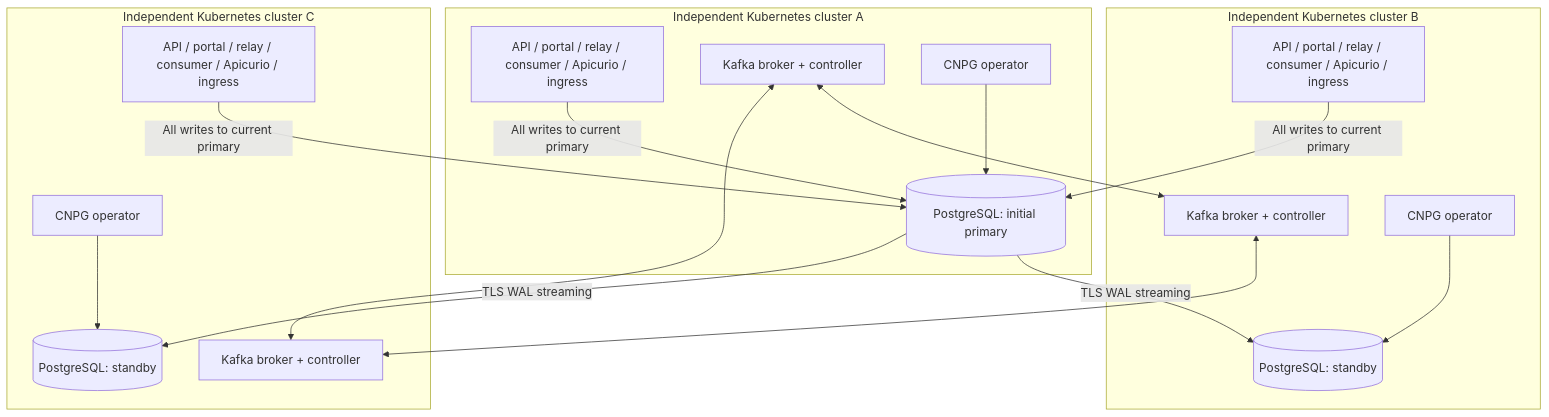
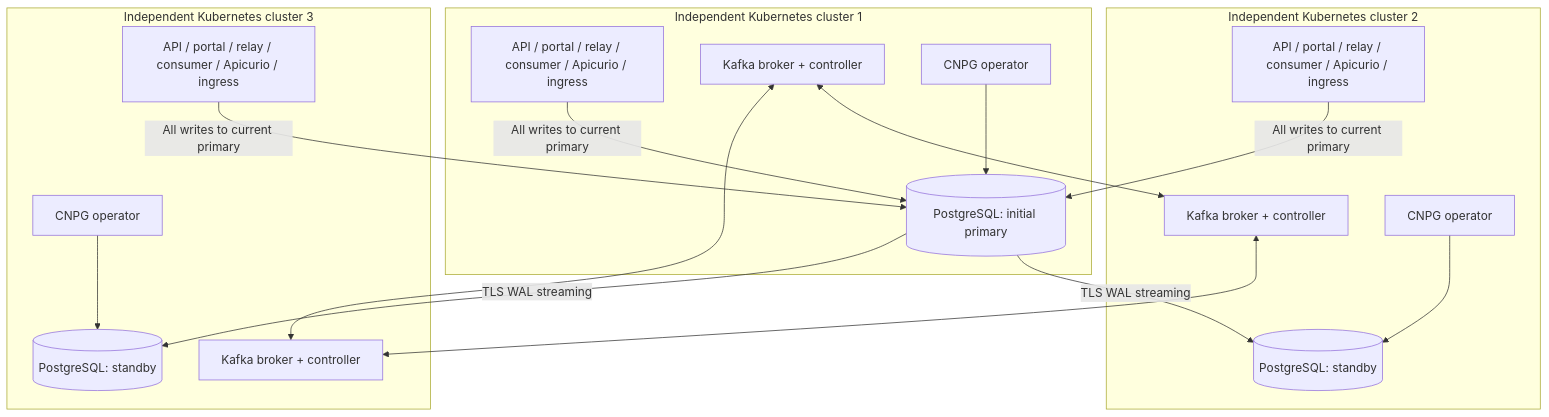
Before and after one commit to varunpathania86/realtime-payment-platform: the diagram in docs/adr/ADR-017-full-stack-cross-cluster-replication.md, drawn with Mermaid. The commit also changed other lines of this file and 198 other files, not shown here.

````diff
--- a/docs/adr/ADR-017-full-stack-cross-cluster-replication.md
+++ b/docs/adr/ADR-017-full-stack-cross-cluster-replication.md
@@ -36,30 +38,30 @@
 ```mermaid
 flowchart TB
-  subgraph A[Independent Kubernetes cluster A]
-    AppA[API / portal / relay / consumer / Apicurio / ingress]
-    KA[Kafka broker + controller]
-    OA[CNPG operator]
-    PA[(PostgreSQL: initial primary)]
-    OA --> PA
+  subgraph Cluster1[Independent Kubernetes cluster 1]
+    App1[API / portal / relay / consumer / Apicurio / ingress]
+    K1[Kafka broker + controller]
+    O1[CNPG operator]
+    P1[(PostgreSQL: initial primary)]
+    O1 --> P1
   end
-  subgraph B[Independent Kubernetes cluster B]
-    AppB[API / portal / relay / consumer / Apicurio / ingress]
-    KB[Kafka broker + controller]
-    OB[CNPG operator]
-    PB[(PostgreSQL: standby)]
-    OB --> PB
+  subgraph Cluster2[Independent Kubernetes cluster 2]
+    App2[API / portal / relay / consumer / Apicurio / ingress]
+    K2[Kafka broker + controller]
+    O2[CNPG operator]
+    P2[(PostgreSQL: standby)]
+    O2 --> P2
   end
-  subgraph C[Independent Kubernetes cluster C]
-    AppC[API / portal / relay / consumer / Apicurio / ingress]
-    KC[Kafka broker + controller]
-    OC[CNPG operator]
-    PC[(PostgreSQL: standby)]
-    OC --> PC
+  subgraph Cluster3[Independent Kubernetes cluster 3]
+    App3[API / portal / relay / consumer / Apicurio / ingress]
+    K3[Kafka broker + controller]
+    O3[CNPG operator]
+    P3[(PostgreSQL: standby)]
+    O3 --> P3
   end
-  AppA & AppB & AppC -->|All writes to current primary| PA
-  PA -->|TLS WAL streaming| PB
-  PA -->|TLS WAL streaming| PC
-  KA <--> KB
-  KB <--> KC
-  KC <--> KA
+  App1 & App2 & App3 -->|All writes to current primary| P1
+  P1 -->|TLS WAL streaming| P2
+  P1 -->|TLS WAL streaming| P3
+  K1 <--> K2
+  K2 <--> K3
+  K3 <--> K1
 ```
````
